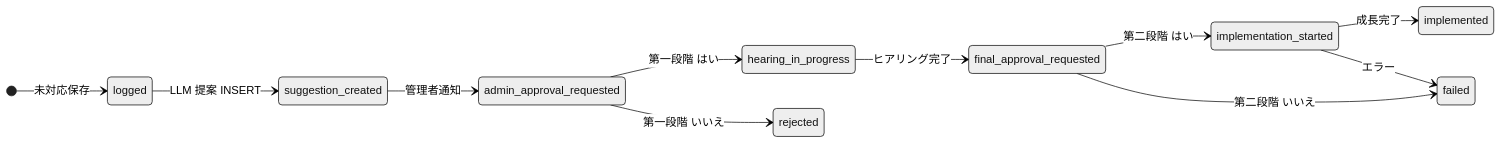
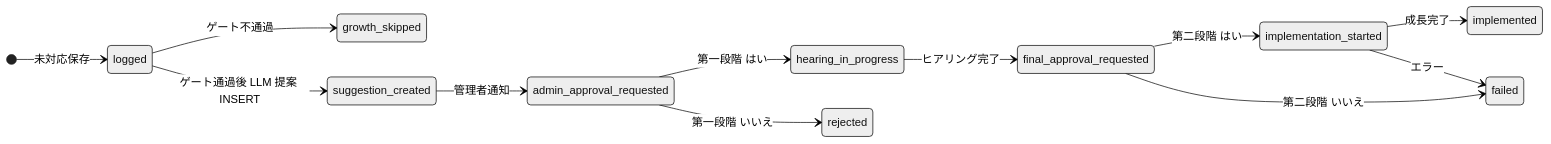
Before and after one commit to kazz-0818/NEAR: the diagram in GROWTH.md, drawn with Mermaid (neutral theme). The commit also changed other lines of this file and 5 other files, not shown here.

````diff
--- a/GROWTH.md
+++ b/GROWTH.md
@@ -12,14 +12,15 @@
 ```mermaid
 stateDiagram-v2
   direction LR
   [*] --> logged: 未対応保存
-  logged --> suggestion_created: LLM 提案 INSERT
+  logged --> growth_skipped: ゲート不通過
+  logged --> suggestion_created: ゲート通過後 LLM 提案 INSERT
   suggestion_created --> admin_approval_requested: 管理者通知
   admin_approval_requested --> hearing_in_progress: 第一段階 はい
   admin_approval_requested --> rejected: 第一段階 いいえ
   hearing_in_progress --> final_approval_requested: ヒアリング完了
   final_approval_requested --> implementation_started: 第二段階 はい
   final_approval_requested --> failed: 第二段階 いいえ
   implementation_started --> implemented: 成長完了
   implementation_started --> failed: エラー
 ```
````
